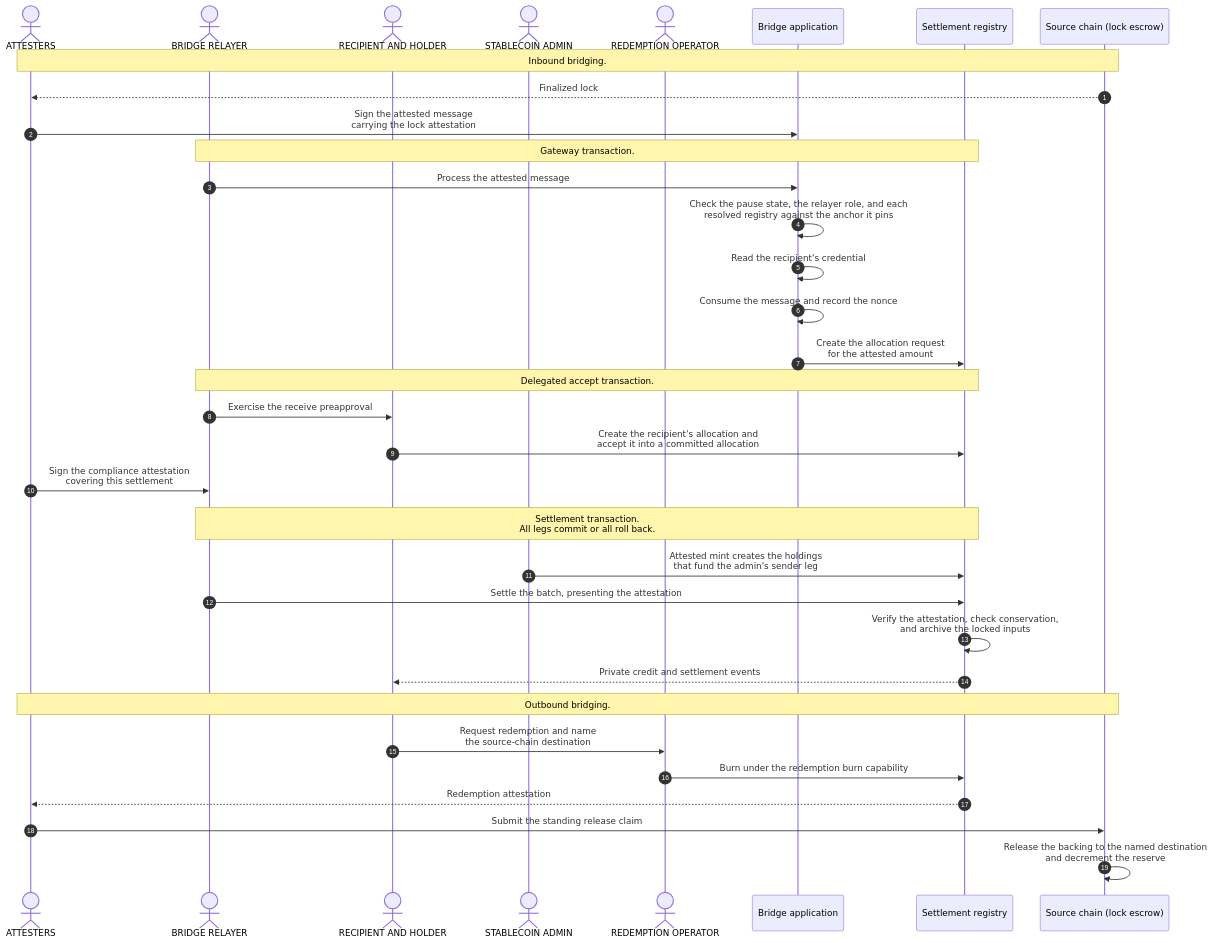
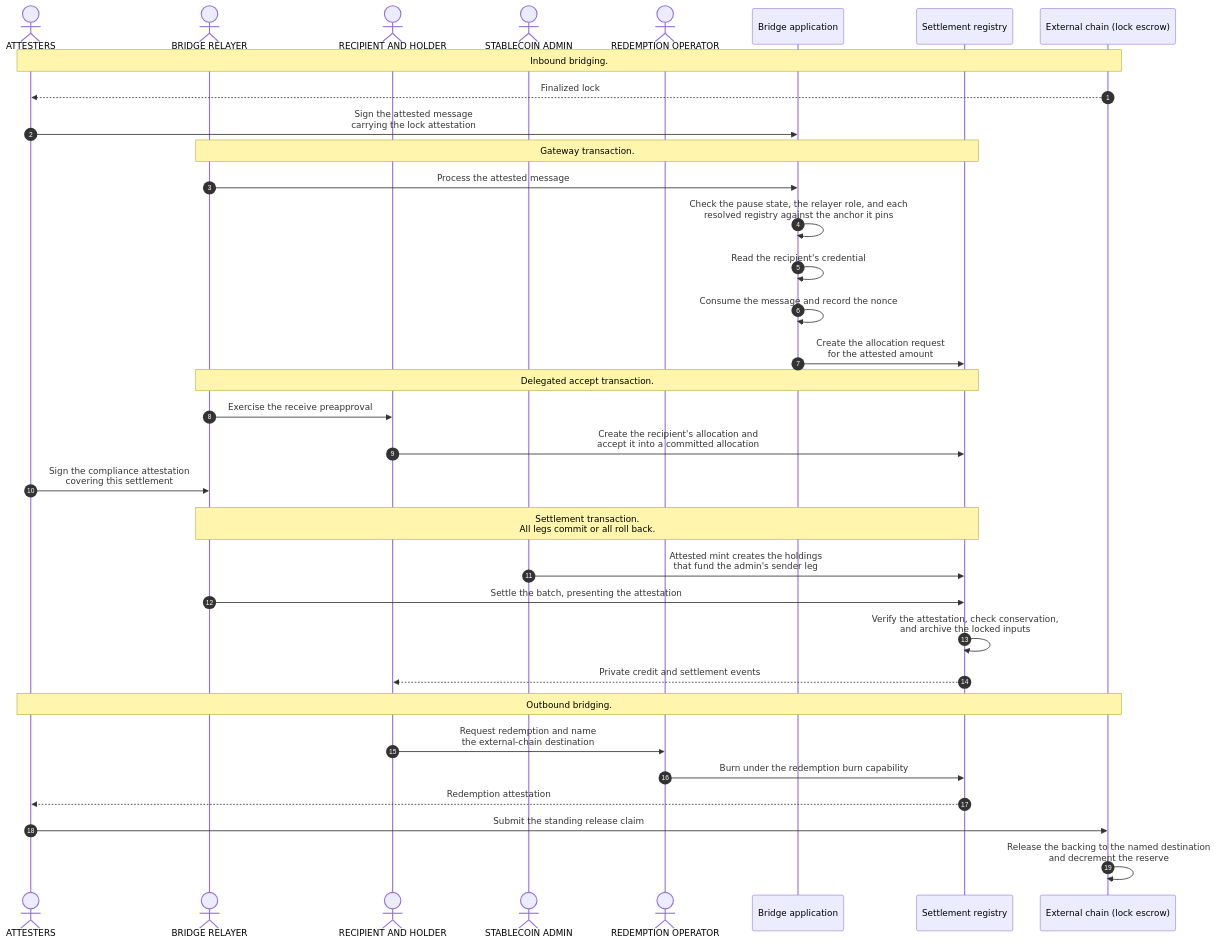
One commit to OpenZeppelin/canton-specs changed the diagram in docs/reference-architectures/cross-chain-stablecoin.md. Above: the diagram before and after it, drawn with Mermaid. The commit also changed other lines of this file, not shown here.

First line of the commit message:
call the non-Canton chain the external chain in both directions

````diff
--- a/docs/reference-architectures/cross-chain-stablecoin.md
+++ b/docs/reference-architectures/cross-chain-stablecoin.md
@@ -252,39 +254,39 @@
 ```mermaid
 sequenceDiagram
     autonumber
     actor Attesters as ATTESTERS
     actor Relayer as BRIDGE RELAYER
     actor Recipient as RECIPIENT AND HOLDER
     actor Admin as STABLECOIN ADMIN
     actor Operator as REDEMPTION OPERATOR
     participant App as Bridge application
     participant Registry as Settlement registry
-    participant Chain as Source chain (lock escrow)
+    participant Chain as External chain (lock escrow)
 
     Note over Attesters,Chain: Inbound bridging.
     Chain-->>Attesters: Finalized lock
     Attesters->>App: Sign the attested message<br/>carrying the lock attestation
     Note over Relayer,Registry: Gateway transaction.
     Relayer->>App: Process the attested message
     App->>App: Check the pause state, the relayer role, and each<br/>resolved registry against the anchor it pins
     App->>App: Read the recipient's credential
     App->>App: Consume the message and record the nonce
     App->>Registry: Create the allocation request<br/>for the attested amount
     Note over Relayer,Registry: Delegated accept transaction.
     Relayer->>Recipient: Exercise the receive preapproval
     Recipient->>Registry: Create the recipient's allocation and<br/>accept it into a committed allocation
     Attesters->>Relayer: Sign the compliance attestation<br/>covering this settlement
     rect rgba(255, 255, 255, .1)
         Note over Relayer,Registry: Settlement transaction.<br/>All legs commit or all roll back.
         Admin->>Registry: Attested mint creates the holdings<br/>that fund the admin's sender leg
         Relayer->>Registry: Settle the batch, presenting the attestation
         Registry->>Registry: Verify the attestation, check conservation,<br/>and archive the locked inputs
         Registry-->>Recipient: Private credit and settlement events
     end
     Note over Attesters,Chain: Outbound bridging.
-    Recipient->>Operator: Request redemption and name<br/>the source-chain destination
+    Recipient->>Operator: Request redemption and name<br/>the external-chain destination
     Operator->>Registry: Burn under the redemption burn capability
     Registry-->>Attesters: Redemption attestation
     Attesters->>Chain: Submit the standing release claim
     Chain->>Chain: Release the backing to the named destination<br/>and decrement the reserve
 ```
````
